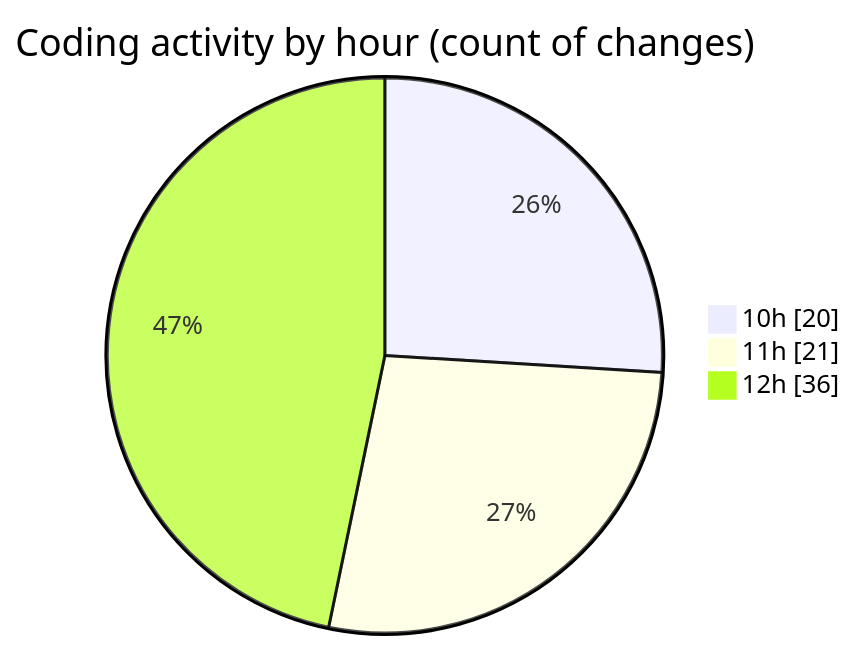
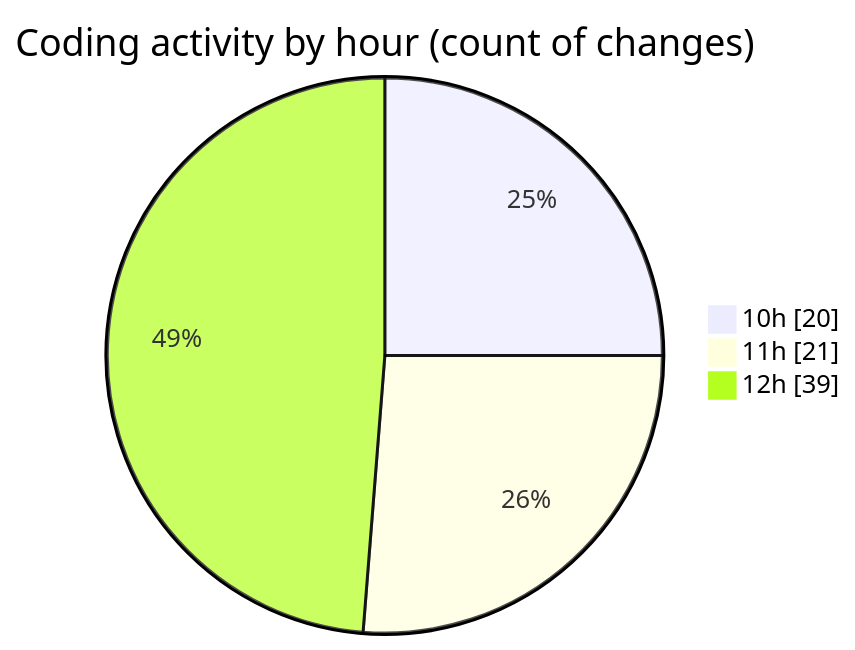
The second of 2 diagrams in 2025-05-20/cda/README.md (momahboobian/code-tracking), drawn with Mermaid before and after one commit. The commit also changed other lines of this file and 1 other file, not shown here.

````diff
--- a/2025-05-20/cda/README.md
+++ b/2025-05-20/cda/README.md
@@ -42,7 +42,7 @@
 ```mermaid
 pie showData
 title Coding activity by hour (count of changes)
 "10h" : 20
 "11h" : 21
-"12h" : 36
+"12h" : 39
 ```
````
